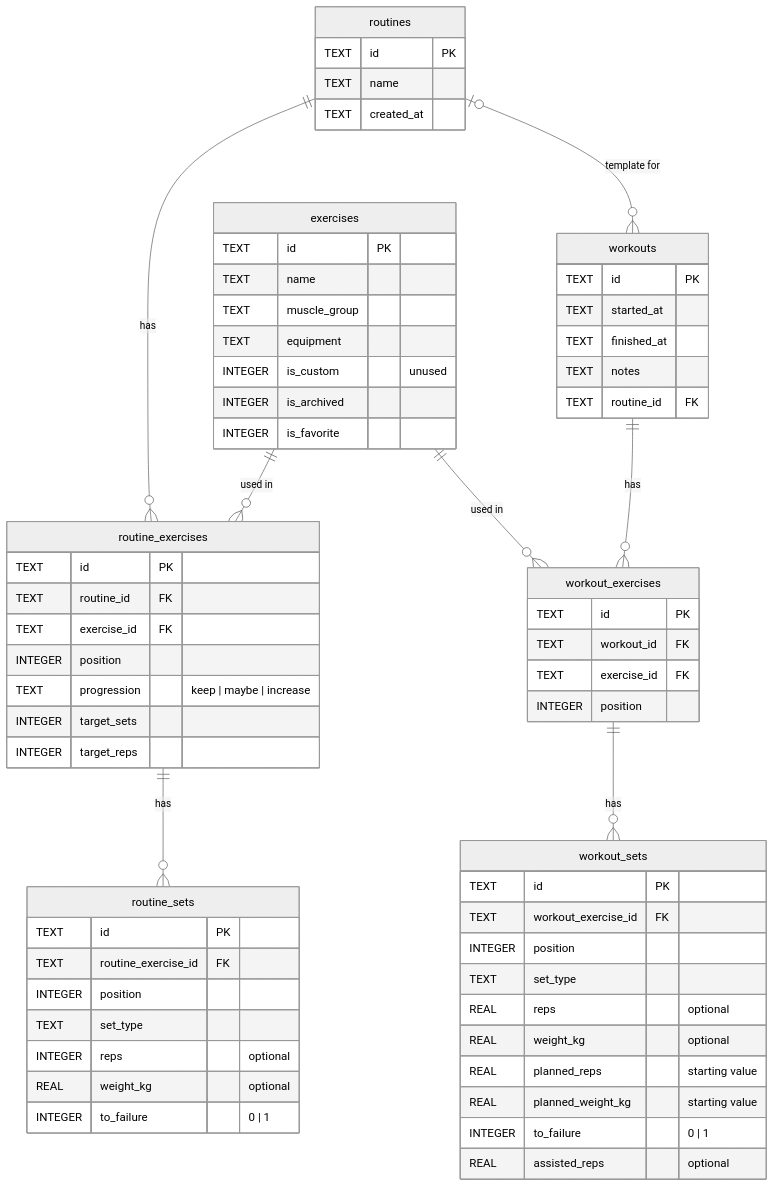
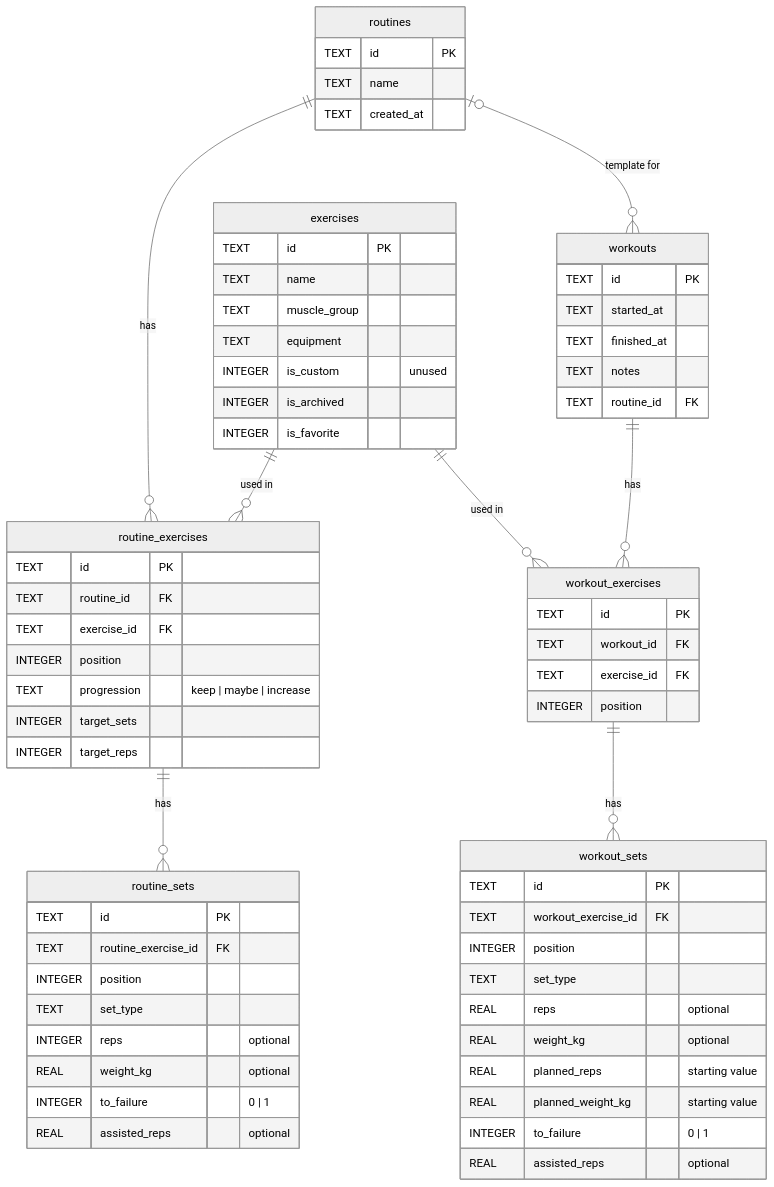
The first of 3 diagrams in README.md (ABorges2003/GymLog), drawn with Mermaid (neutral theme) before and after one commit. The commit also changed other lines of this file and 22 other files, not shown here.

````diff
--- a/README.md
+++ b/README.md
@@ -122,68 +125,69 @@
 ```mermaid
 erDiagram
     routines ||--o{ routine_exercises : "has"
     routine_exercises ||--o{ routine_sets : "has"
     routines |o--o{ workouts : "template for"
     exercises ||--o{ routine_exercises : "used in"
     exercises ||--o{ workout_exercises : "used in"
     workouts ||--o{ workout_exercises : "has"
     workout_exercises ||--o{ workout_sets : "has"
 
     routines {
         TEXT id PK
         TEXT name
         TEXT created_at
     }
     routine_exercises {
         TEXT id PK
         TEXT routine_id FK
         TEXT exercise_id FK
         INTEGER position
         TEXT progression "keep | maybe | increase"
         INTEGER target_sets
         INTEGER target_reps
     }
     routine_sets {
         TEXT id PK
         TEXT routine_exercise_id FK
         INTEGER position
         TEXT set_type
         INTEGER reps "optional"
         REAL weight_kg "optional"
         INTEGER to_failure "0 | 1"
+        REAL assisted_reps "optional"
     }
     exercises {
         TEXT id PK
         TEXT name
         TEXT muscle_group
         TEXT equipment
         INTEGER is_custom "unused"
         INTEGER is_archived
         INTEGER is_favorite
     }
     workouts {
         TEXT id PK
         TEXT started_at
         TEXT finished_at
         TEXT notes
         TEXT routine_id FK
     }
     workout_exercises {
         TEXT id PK
         TEXT workout_id FK
         TEXT exercise_id FK
         INTEGER position
     }
     workout_sets {
         TEXT id PK
         TEXT workout_exercise_id FK
         INTEGER position
         TEXT set_type
         REAL reps "optional"
         REAL weight_kg "optional"
         REAL planned_reps "starting value"
         REAL planned_weight_kg "starting value"
         INTEGER to_failure "0 | 1"
         REAL assisted_reps "optional"
     }
 ```
````
